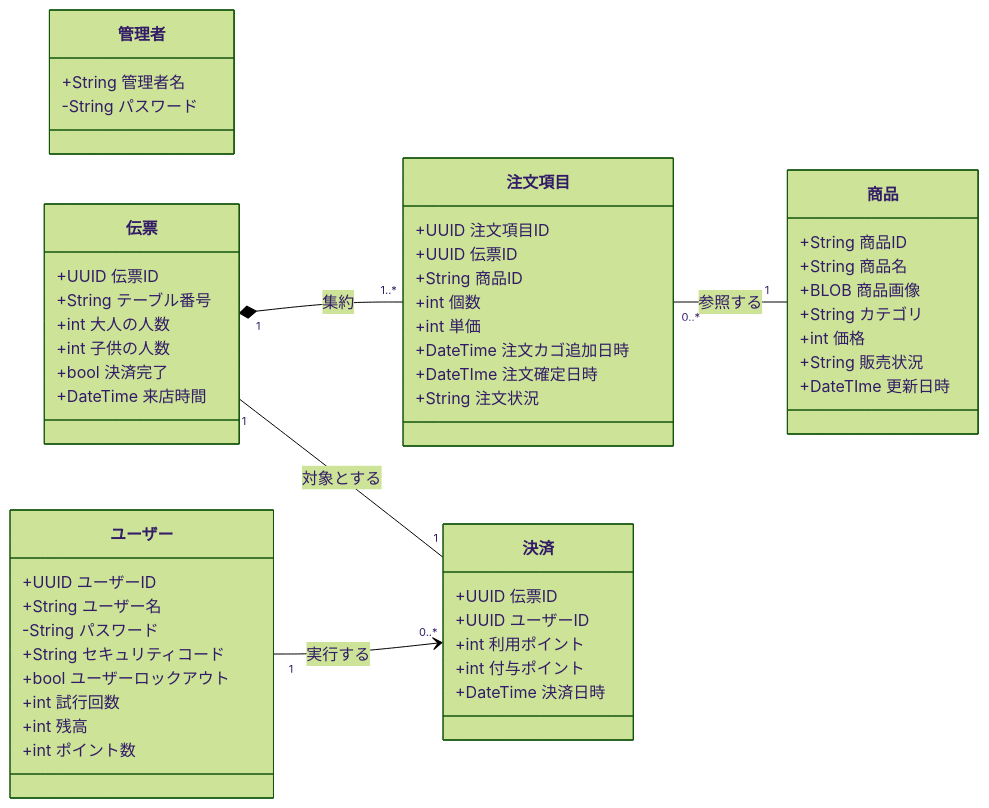
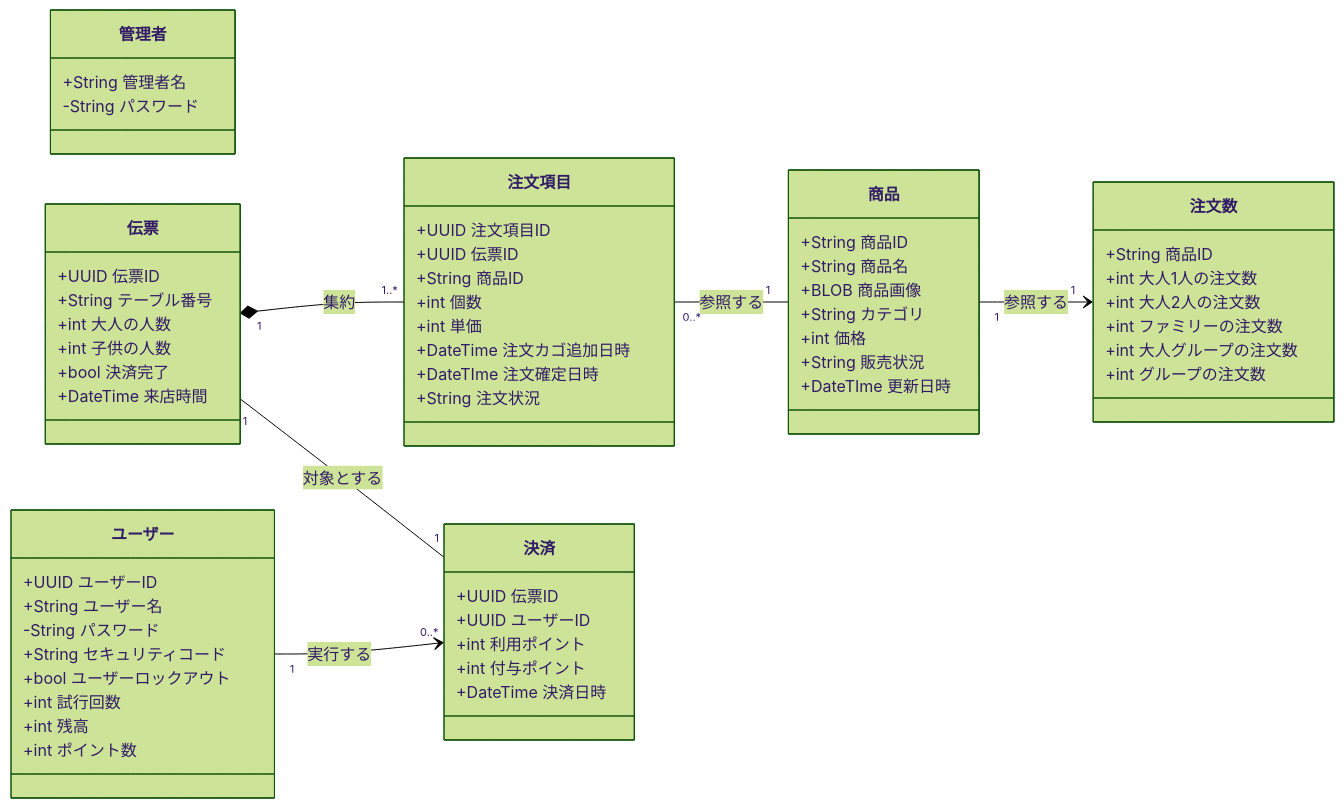
One commit to Medapizza1224/SE25G2-Test1 changed the diagram in docs/development/class-diagram/クラス図_version3.2.md. Above: the diagram before and after it, drawn with Mermaid (forest theme). The commit also changed other lines of this file, not shown here.

Commit message:
クラス図修正1224

````diff
--- a/docs/development/class-diagram/クラス図_version3.2.md
+++ b/docs/development/class-diagram/クラス図_version3.2.md
@@ -13,65 +14,75 @@
 ```mermaid
 classDiagram
     direction LR
     class 管理者 {
         +String 管理者名
         -String パスワード
     }
 
     class 商品 {
         +String 商品ID
         +String 商品名
         +BLOB 商品画像
         +String カテゴリ
         +int 価格
         +String 販売状況
         +DateTIme 更新日時
+    }
+    class 注文数{
+        +String 商品ID
+        +int 大人1人の注文数
+        +int 大人2人の注文数
+        +int ファミリーの注文数
+        +int 大人グループの注文数
+        +int グループの注文数
     }
 
     class 伝票 {
         +UUID 伝票ID
         +String テーブル番号
         +int 大人の人数
         +int 子供の人数
         +bool 決済完了
         +DateTime 来店時間
     }
 
     class 注文項目 {
         +UUID 注文項目ID
         +UUID 伝票ID
         +String 商品ID
         +int 個数
         +int 単価
         +DateTime 注文カゴ追加日時
         +DateTIme 注文確定日時
         +String 注文状況
     }
 
 
     class ユーザー {
         +UUID ユーザーID
         +String ユーザー名
         -String パスワード
         +String セキュリティコード
         +bool ユーザーロックアウト
         +int 試行回数
         +int 残高
         +int ポイント数
     }
 
     class 決済 {
         +UUID 伝票ID
         +UUID ユーザーID
         +int 利用ポイント
         +int 付与ポイント
         +DateTime 決済日時
     }
 
     伝票 "1" *-- "1..*" 注文項目: 集約
     注文項目 "0..*" -- "1" 商品: 参照する
 
+    商品 "1" --> "1" 注文数: 参照する
+
     伝票 "1" -- "1" 決済: 対象とする
     ユーザー "1" --> "0..*" 決済: 実行する
     
 ```
````
